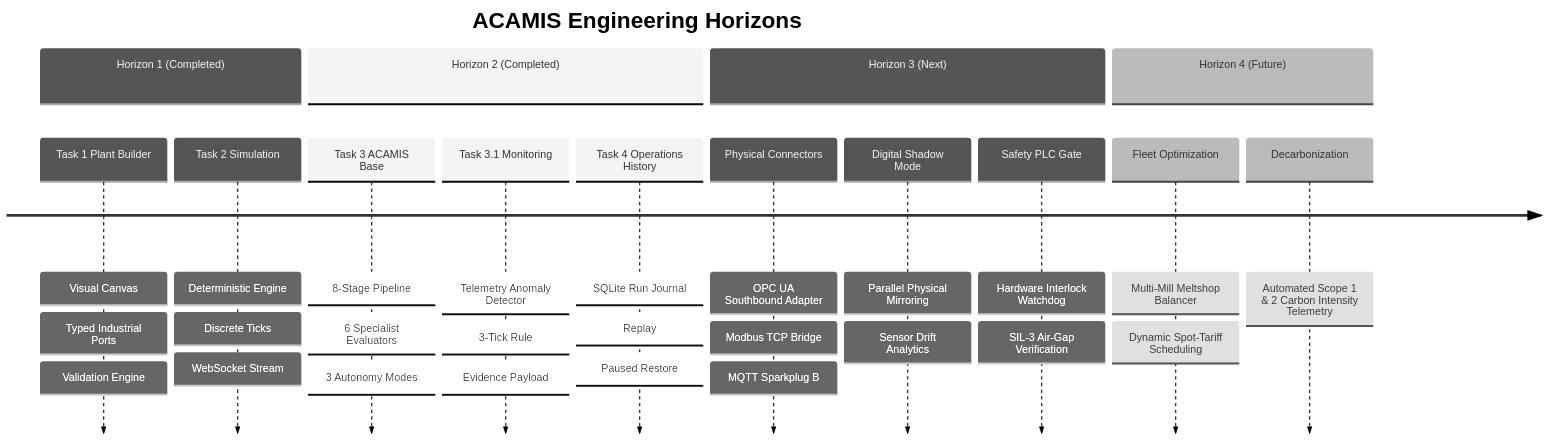
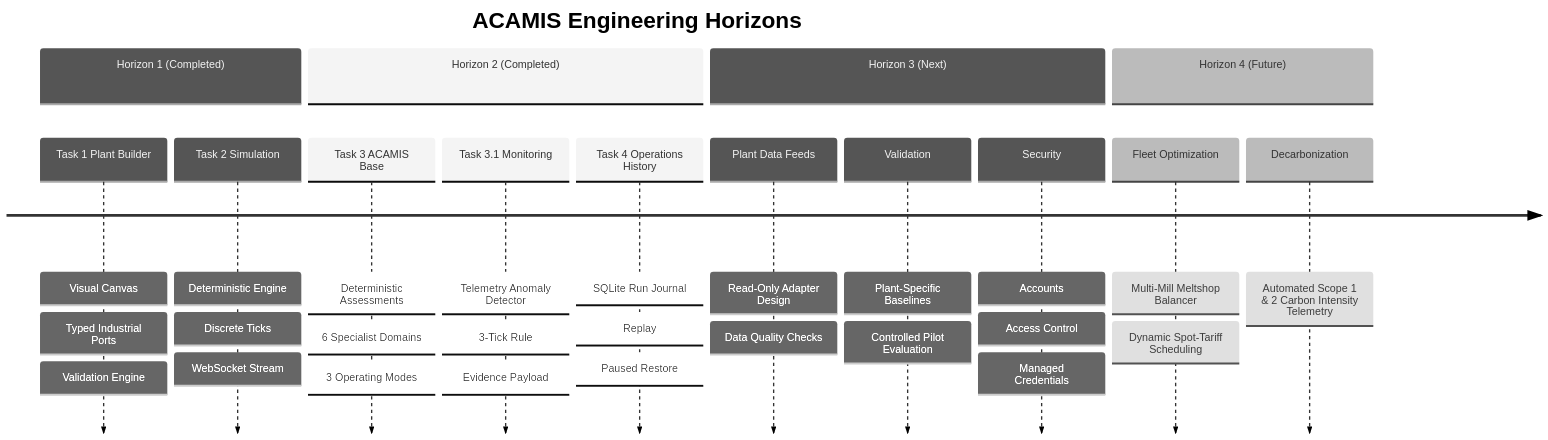
The diagram in docs-site/task-3-acamis/limitations-and-roadmap.md (prabhasb06/steelsim), drawn with Mermaid (neutral theme) before and after one commit. The commit also changed other lines of this file and 20 other files, not shown here.

```diff
--- a/docs-site/task-3-acamis/limitations-and-roadmap.md
+++ b/docs-site/task-3-acamis/limitations-and-roadmap.md
@@ -21,18 +21,18 @@
 <pre class="mermaid">
 timeline
     title ACAMIS Engineering Horizons
     section Horizon 1 (Completed)
         Task 1 Plant Builder : Visual Canvas : Typed Industrial Ports : Validation Engine
         Task 2 Simulation    : Deterministic Engine : Discrete Ticks : WebSocket Stream
     section Horizon 2 (Completed)
-        Task 3 ACAMIS Base  : 8-Stage Pipeline : 6 Specialist Evaluators : 3 Autonomy Modes
+        Task 3 ACAMIS Base  : Deterministic Assessments : 6 Specialist Domains : 3 Operating Modes
         Task 3.1 Monitoring : Telemetry Anomaly Detector : 3-Tick Rule : Evidence Payload
         Task 4 Operations History : SQLite Run Journal : Replay : Paused Restore
     section Horizon 3 (Next)
-        Physical Connectors  : OPC UA Southbound Adapter : Modbus TCP Bridge : MQTT Sparkplug B
-        Digital Shadow Mode  : Parallel Physical Mirroring : Sensor Drift Analytics
-        Safety PLC Gate      : Hardware Interlock Watchdog : SIL-3 Air-Gap Verification
+        Plant Data Feeds  : Read-Only Adapter Design : Data Quality Checks
+        Validation  : Plant-Specific Baselines : Controlled Pilot Evaluation
+        Security  : Accounts : Access Control : Managed Credentials
     section Horizon 4 (Future)
         Fleet Optimization   : Multi-Mill Meltshop Balancer : Dynamic Spot-Tariff Scheduling
         Decarbonization      : Automated Scope 1 & 2 Carbon Intensity Telemetry
 </pre>
```
